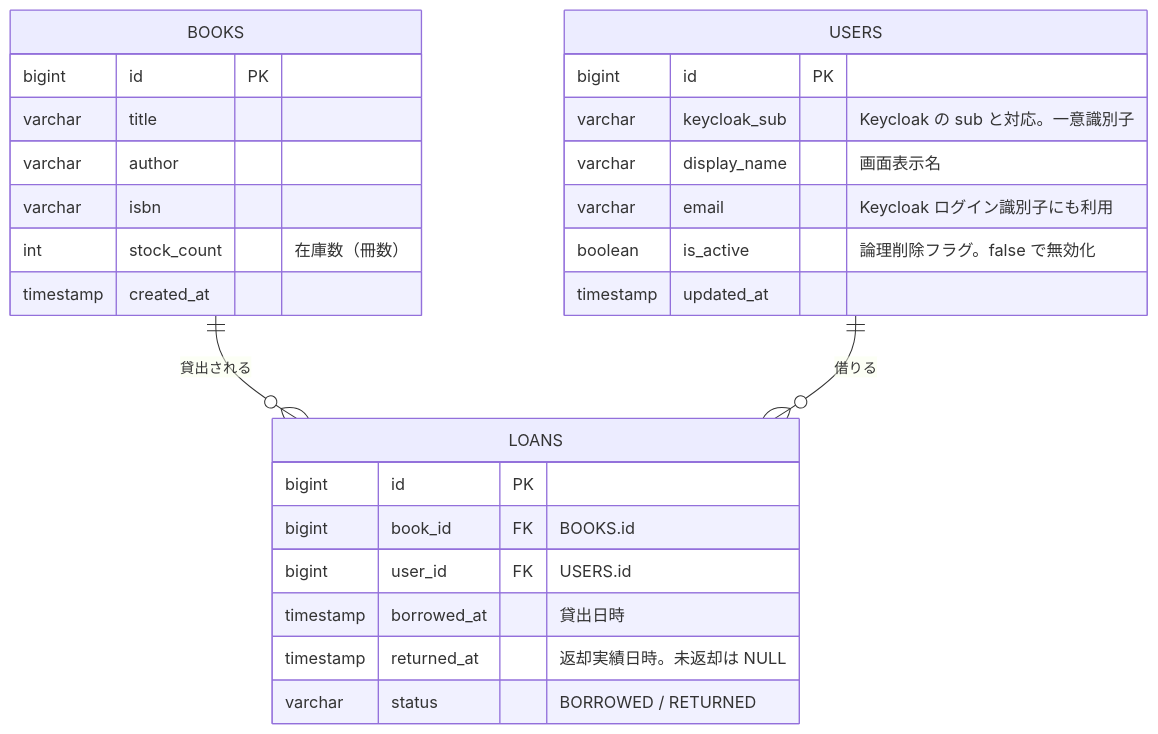
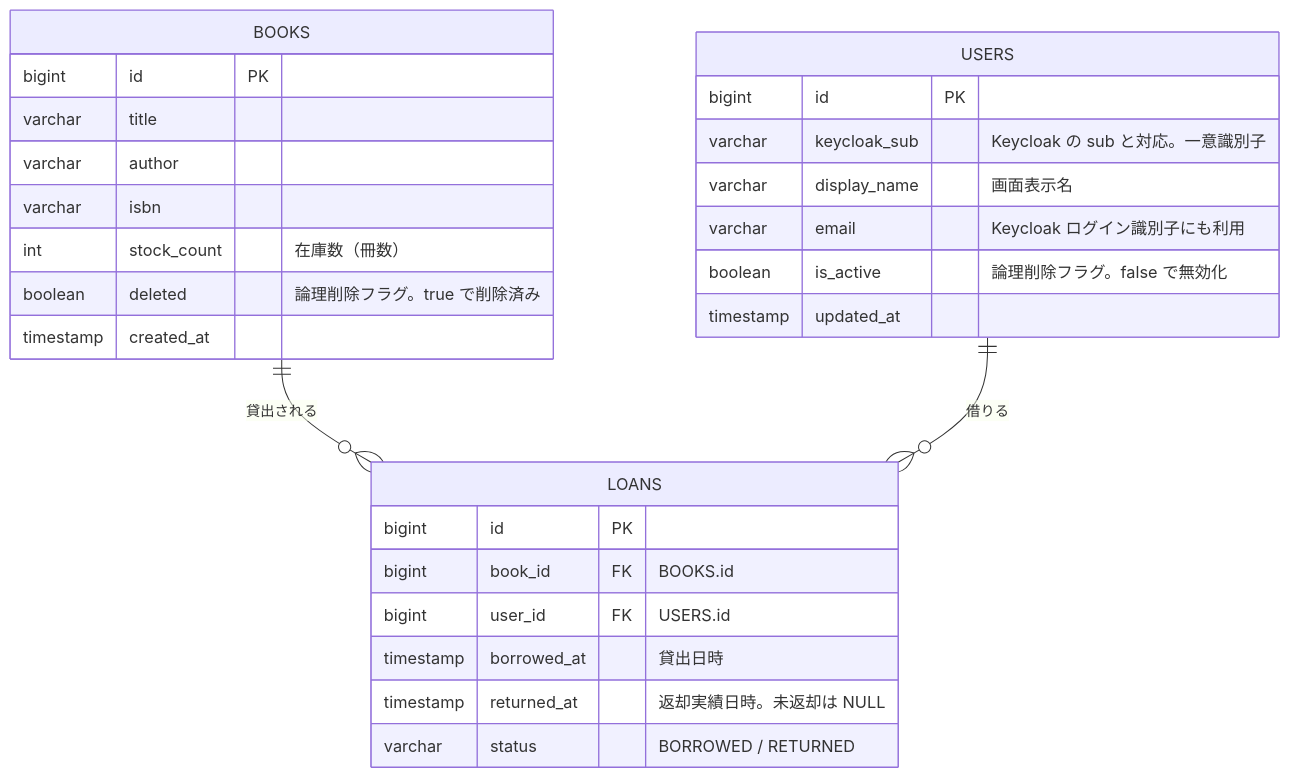
Before and after one commit to muscat2356/Book-Collection-Manager: the diagram in docs/er-diagram.md, drawn with Mermaid. The commit also changed other lines of this file and 5 other files, not shown here.

````diff
--- a/docs/er-diagram.md
+++ b/docs/er-diagram.md
@@ -9,30 +9,31 @@
 ```mermaid
 erDiagram
     BOOKS ||--o{ LOANS : "貸出される"
     USERS ||--o{ LOANS : "借りる"
 
     BOOKS {
         bigint id PK
         varchar title
         varchar author
         varchar isbn
         int stock_count "在庫数（冊数）"
+        boolean deleted "論理削除フラグ。true で削除済み"
         timestamp created_at
     }
     USERS {
         bigint id PK
         varchar keycloak_sub "Keycloak の sub と対応。一意識別子"
         varchar display_name "画面表示名"
         varchar email "Keycloak ログイン識別子にも利用"
         boolean is_active "論理削除フラグ。false で無効化"
         timestamp updated_at
     }
     LOANS {
         bigint id PK
         bigint book_id FK "BOOKS.id"
         bigint user_id FK "USERS.id"
         timestamp borrowed_at "貸出日時"
         timestamp returned_at "返却実績日時。未返却は NULL"
         varchar status "BORROWED / RETURNED"
     }
 ```
````
